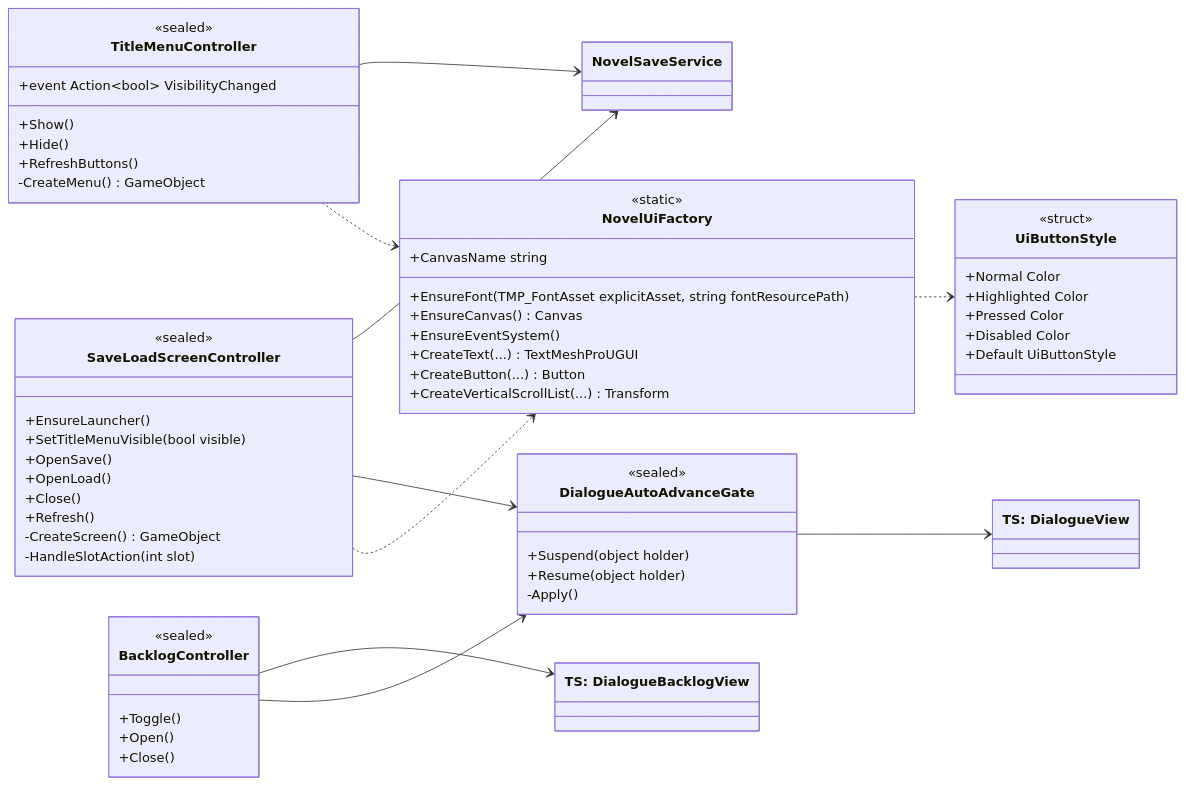
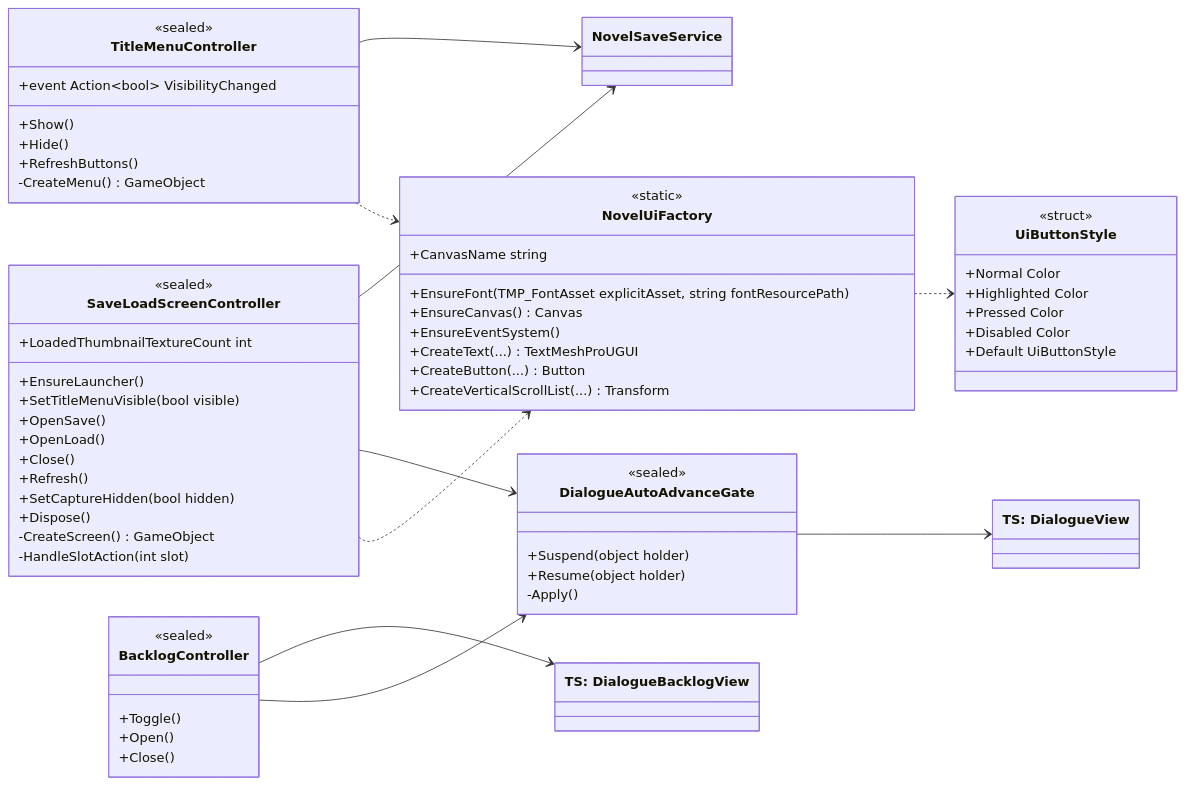
Before and after one commit to kkmia417/WhiteRoom: the fifth of 5 diagrams in docs/architecture/class-diagram.ja.md, drawn with Mermaid. The commit also changed other lines of this file and 19 other files, not shown here.

````diff
--- a/docs/architecture/class-diagram.ja.md
+++ b/docs/architecture/class-diagram.ja.md
@@ -319,73 +322,76 @@
 ```mermaid
 classDiagram
     direction LR
 
     class TitleMenuController {
         <<sealed>>
         +event Action~bool~ VisibilityChanged
         +Show()
         +Hide()
         +RefreshButtons()
         -CreateMenu() GameObject
     }
 
     class SaveLoadScreenController {
         <<sealed>>
         +EnsureLauncher()
         +SetTitleMenuVisible(bool visible)
         +OpenSave()
         +OpenLoad()
         +Close()
         +Refresh()
+        +SetCaptureHidden(bool hidden)
+        +Dispose()
+        +LoadedThumbnailTextureCount int
         -CreateScreen() GameObject
         -HandleSlotAction(int slot)
     }
 
     class BacklogController {
         <<sealed>>
         +Toggle()
         +Open()
         +Close()
     }
 
     class DialogueAutoAdvanceGate {
         <<sealed>>
         +Suspend(object holder)
         +Resume(object holder)
         -Apply()
     }
 
     class NovelUiFactory {
         <<static>>
         +CanvasName string
         +EnsureFont(TMP_FontAsset explicitAsset, string fontResourcePath)
         +EnsureCanvas() Canvas
         +EnsureEventSystem()
         +CreateText(...) TextMeshProUGUI
         +CreateButton(...) Button
         +CreateVerticalScrollList(...) Transform
     }
 
     class UiButtonStyle {
         <<struct>>
         +Normal Color
         +Highlighted Color
         +Pressed Color
         +Disabled Color
         +Default UiButtonStyle
     }
 
     class NovelSaveService
     class DialogueView["TS: DialogueView"]
     class DialogueBacklogView["TS: DialogueBacklogView"]
 
     TitleMenuController --> NovelSaveService
     SaveLoadScreenController --> NovelSaveService
     SaveLoadScreenController --> DialogueAutoAdvanceGate
     BacklogController --> DialogueBacklogView
     BacklogController --> DialogueAutoAdvanceGate
     DialogueAutoAdvanceGate --> DialogueView
     TitleMenuController ..> NovelUiFactory
     SaveLoadScreenController ..> NovelUiFactory
     NovelUiFactory ..> UiButtonStyle
 ```
````
